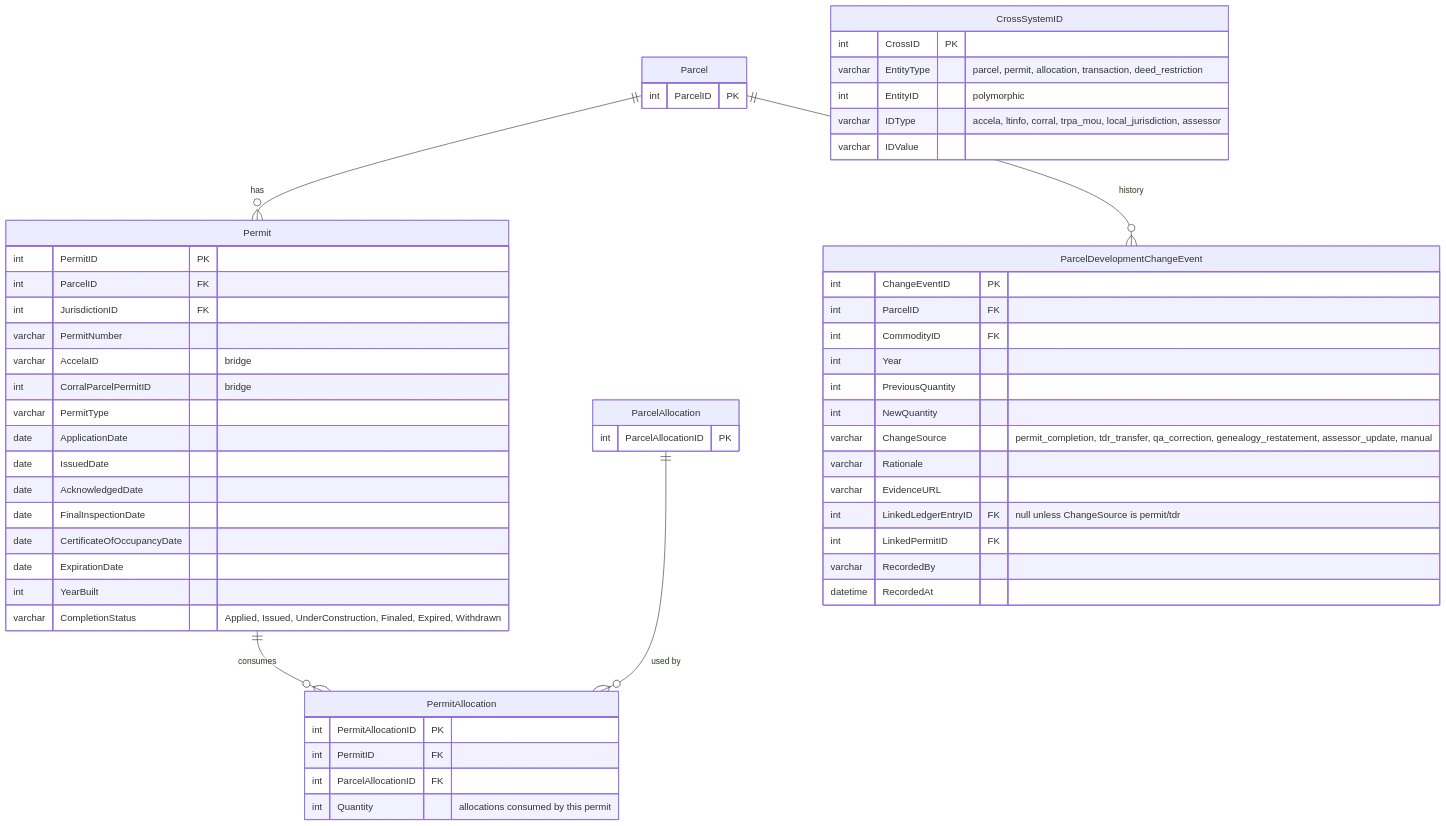
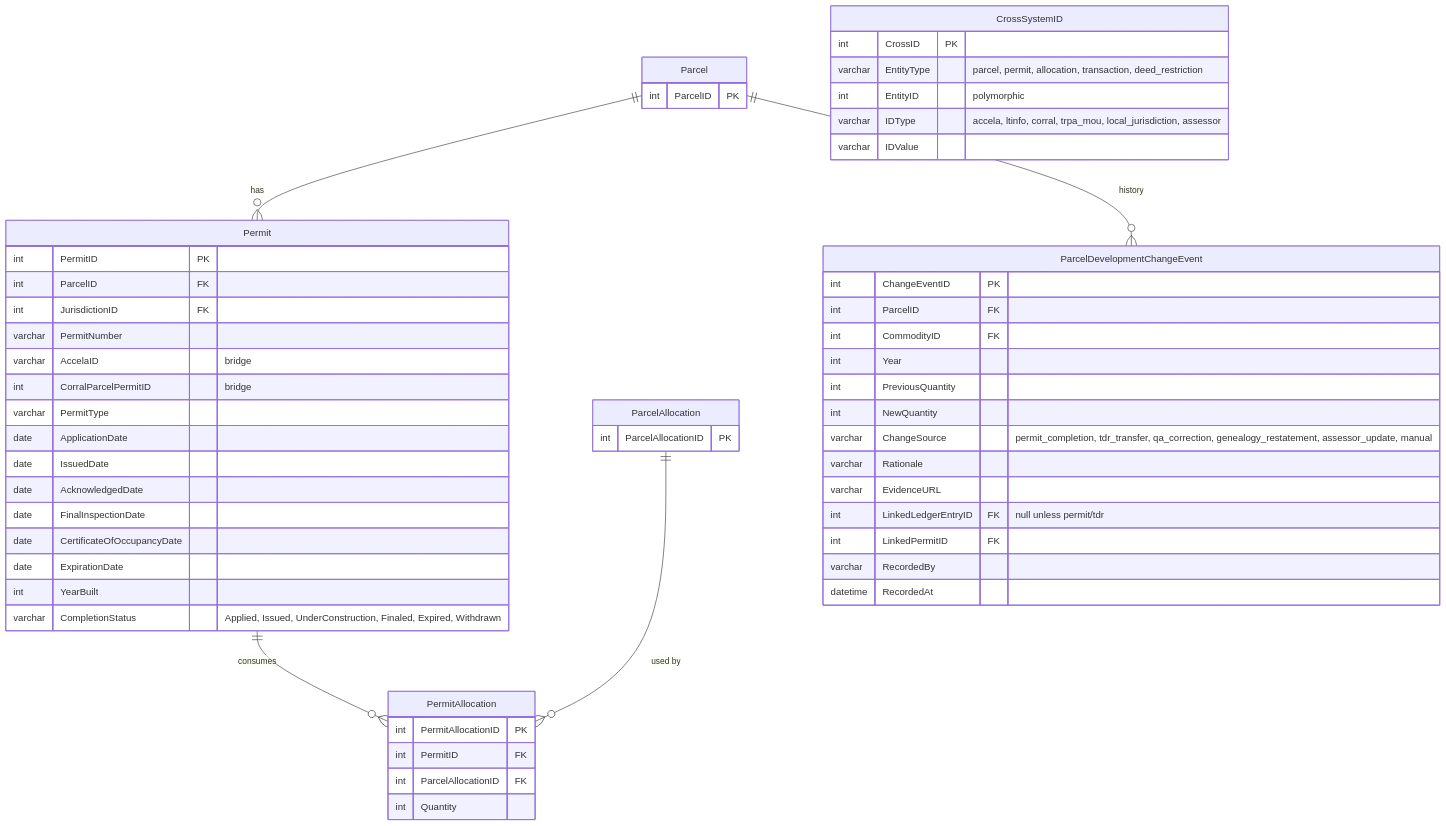
One commit to trpa-agency/Reporting changed the fourth of 5 diagrams in erd/target_schema.md. Above: the diagram before and after it, drawn with Mermaid. The commit also changed other lines of this file and 7 other files, not shown here.

First line of the commit message:
erd: reorient around the 5-bucket proposal + add XLSX decomposition

````diff
--- a/erd/target_schema.md
+++ b/erd/target_schema.md
@@ -248,54 +256,54 @@
 ```mermaid
 erDiagram
     Parcel { int ParcelID PK }
     ParcelAllocation { int ParcelAllocationID PK }
     Permit {
         int PermitID PK
         int ParcelID FK
         int JurisdictionID FK
         varchar PermitNumber
         varchar AccelaID "bridge"
         int CorralParcelPermitID "bridge"
         varchar PermitType
         date ApplicationDate
         date IssuedDate
         date AcknowledgedDate
         date FinalInspectionDate
         date CertificateOfOccupancyDate
         date ExpirationDate
         int YearBuilt
         varchar CompletionStatus "Applied, Issued, UnderConstruction, Finaled, Expired, Withdrawn"
     }
     PermitAllocation {
         int PermitAllocationID PK
         int PermitID FK
         int ParcelAllocationID FK
-        int Quantity "allocations consumed by this permit"
+        int Quantity
     }
     ParcelDevelopmentChangeEvent {
         int ChangeEventID PK
         int ParcelID FK
         int CommodityID FK
         int Year
         int PreviousQuantity
         int NewQuantity
         varchar ChangeSource "permit_completion, tdr_transfer, qa_correction, genealogy_restatement, assessor_update, manual"
         varchar Rationale
         varchar EvidenceURL
-        int LinkedLedgerEntryID FK "null unless ChangeSource is permit/tdr"
+        int LinkedLedgerEntryID FK "null unless permit/tdr"
         int LinkedPermitID FK
         varchar RecordedBy
         datetime RecordedAt
     }
     CrossSystemID {
         int CrossID PK
         varchar EntityType "parcel, permit, allocation, transaction, deed_restriction"
         int EntityID "polymorphic"
         varchar IDType "accela, ltinfo, corral, trpa_mou, local_jurisdiction, assessor"
         varchar IDValue
     }
     Parcel            ||--o{ Permit : "has"
     Permit            ||--o{ PermitAllocation : "consumes"
     ParcelAllocation  ||--o{ PermitAllocation : "used by"
     Parcel            ||--o{ ParcelDevelopmentChangeEvent : "history"
 ```
````
